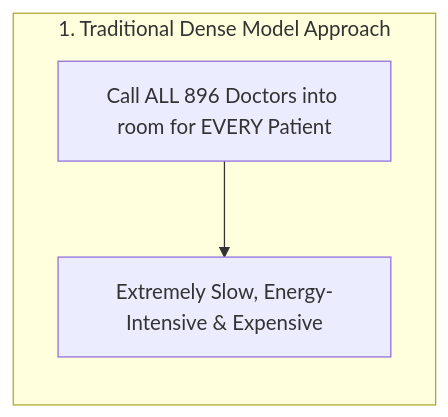
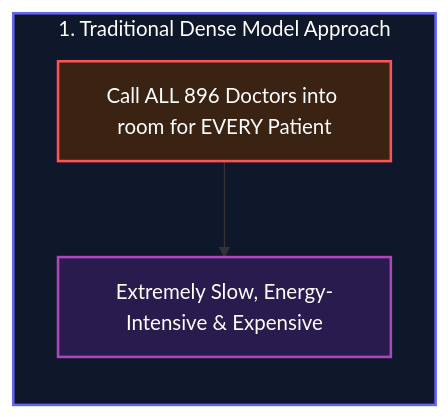
Before and after one commit to narenandu/narenvadapalli_dot_com: the first of 3 diagrams in contents/blog/0067-understanding-mixture-of-experts-moe/index.md, drawn with Mermaid. The commit also changed other lines of this file, not shown here.

Commit message:
style: add rich dark-mode fill colors to Mermaid diagrams and collapse Python script in MoE post

````diff
--- a/contents/blog/0067-understanding-mixture-of-experts-moe/index.md
+++ b/contents/blog/0067-understanding-mixture-of-experts-moe/index.md
@@ -39,7 +39,11 @@
 ```mermaid
 flowchart TD
     subgraph DenseApproach["1. Traditional Dense Model Approach"]
         direction TB
         D1["Call ALL 896 Doctors into room for EVERY Patient"] --> D2["Extremely Slow, Energy-Intensive & Expensive"]
     end
+
+    style DenseApproach fill:#0f172a,stroke:#6366f1,stroke-width:2px,color:#ffffff;
+    style D1 fill:#3b2314,stroke:#ff5353,stroke-width:2px,color:#ffffff;
+    style D2 fill:#2a1b4e,stroke:#ab47bc,stroke-width:2px,color:#ffffff;
 ```
````
